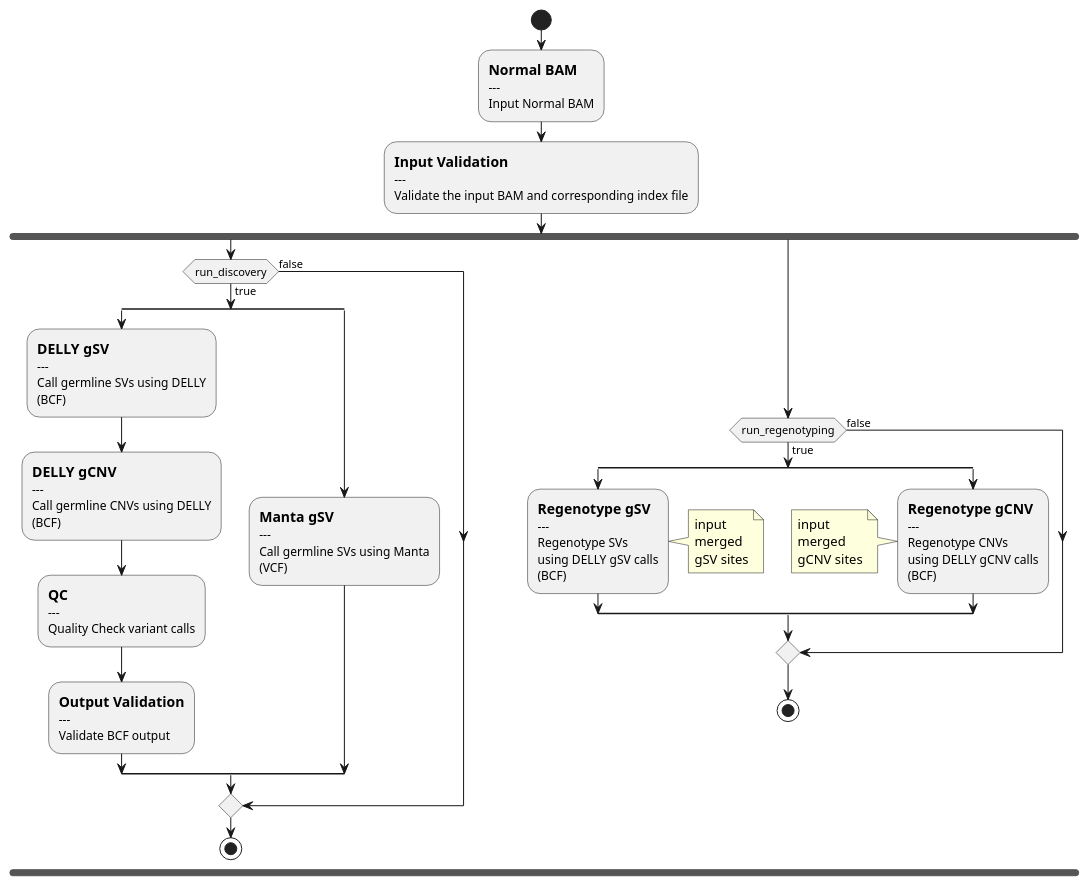
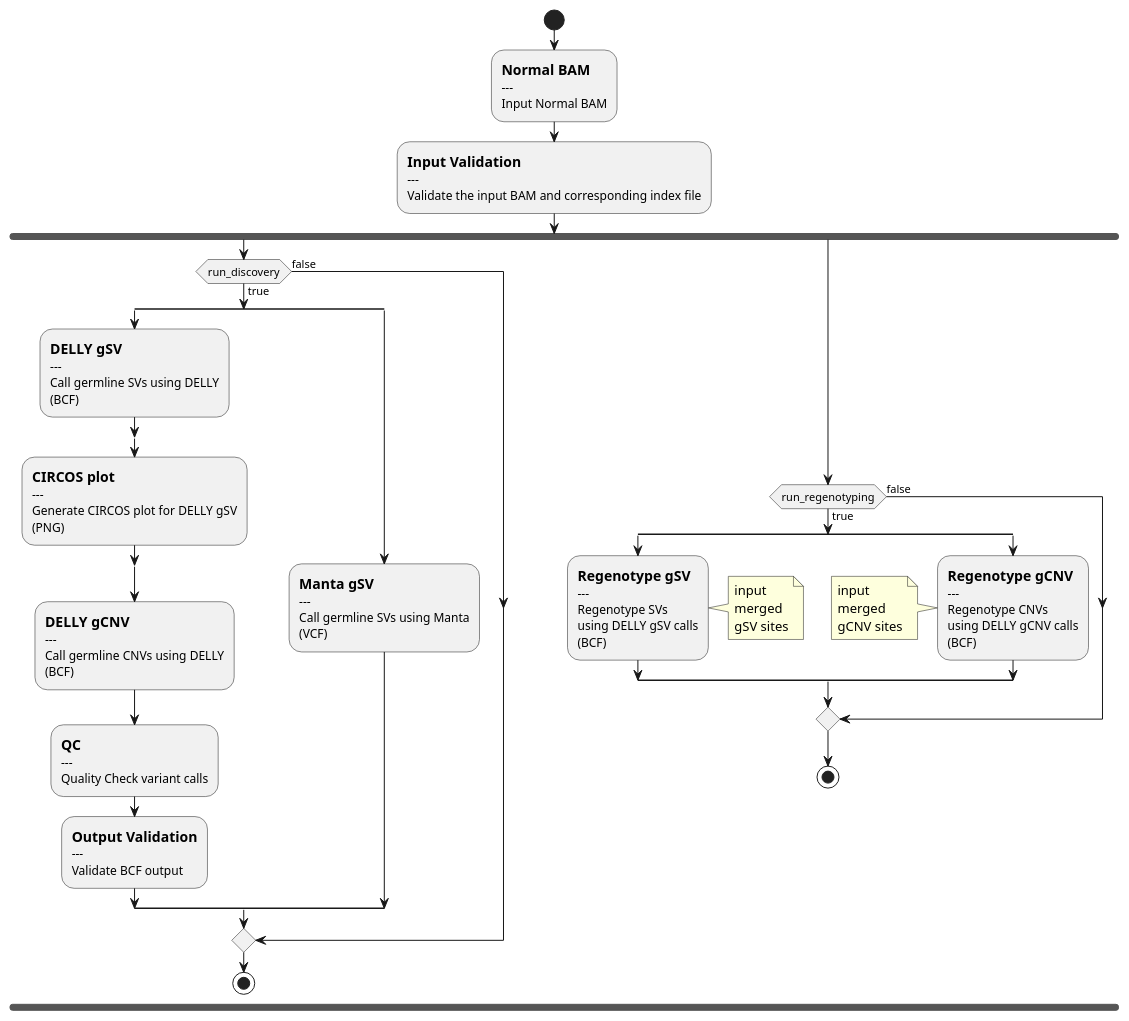
Before and after one commit to uclahs-cds/pipeline-call-gSV: the diagram in docs/call-gSV.puml, drawn with PlantUML.

Commit message:
add CIRCOS step to flow diagram

```diff
--- a/docs/call-gSV.puml
+++ b/docs/call-gSV.puml
@@ -1,61 +1,67 @@
 @startuml
 skinparam SwimlaneTitleFontStyle bold
 
 start
 
 :==Normal BAM
 ---
 Input Normal BAM;
 :==Input Validation
 ---
 Validate the input BAM and corresponding index file;
 fork
 if (run_discovery) is (true) then
     split
         :==DELLY gSV
         ---
         Call germline SVs using DELLY
         (BCF);
+        split
+            :==CIRCOS plot
+            ---
+            Generate CIRCOS plot for DELLY gSV
+            (PNG);
+        end split
         :==DELLY gCNV
         ---
         Call germline CNVs using DELLY
         (BCF);
         :==QC
         ---
         Quality Check variant calls;
         :==Output Validation
         ---
         Validate BCF output;
     split again
         :==Manta gSV
         ---
         Call germline SVs using Manta
         (VCF);
     end split
 else (false)
 endif
 stop
 
 fork again
 if (run_regenotyping) is (true) then
     split
     :==Regenotype gSV
     ---
     Regenotype SVs
     using DELLY gSV calls
     (BCF);
     note right: input\nmerged\ngSV sites
     split again
     :==Regenotype gCNV
     ---
     Regenotype CNVs
     using DELLY gCNV calls
     (BCF);
     note left: input\nmerged\ngCNV sites
     end split
 
 else (false)
 endif
 stop
 
 @enduml
```
